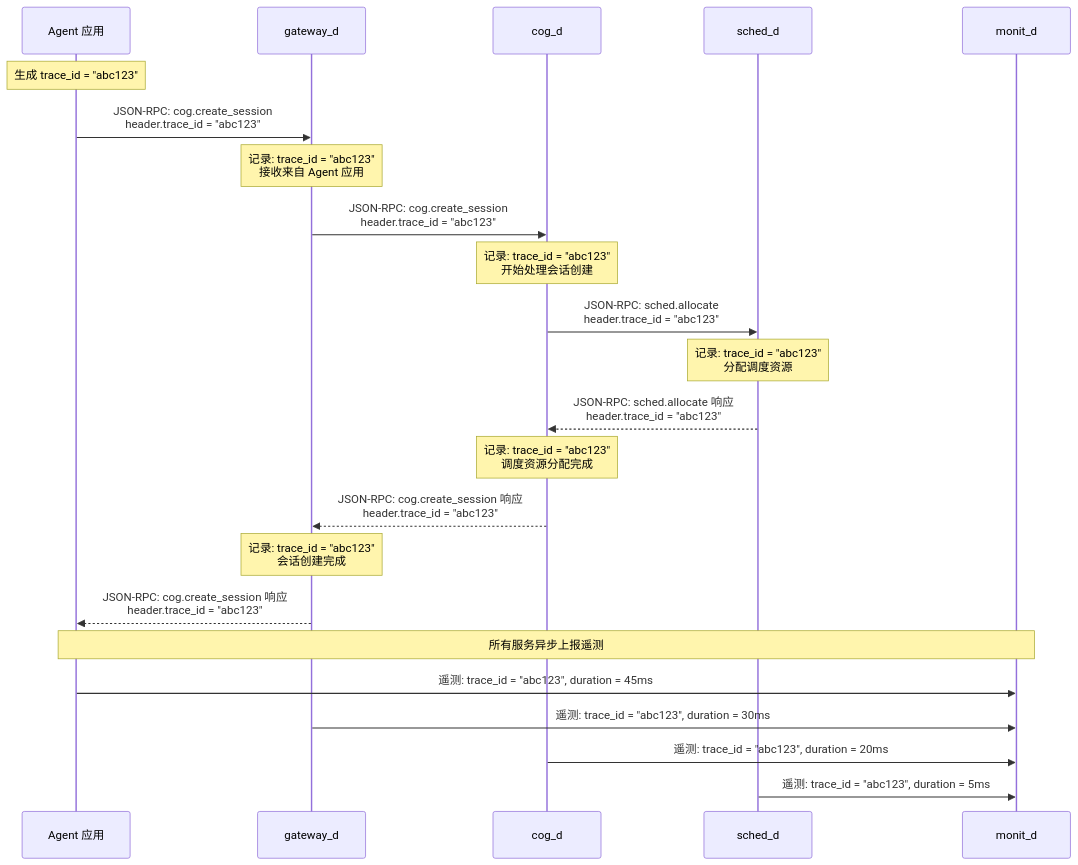
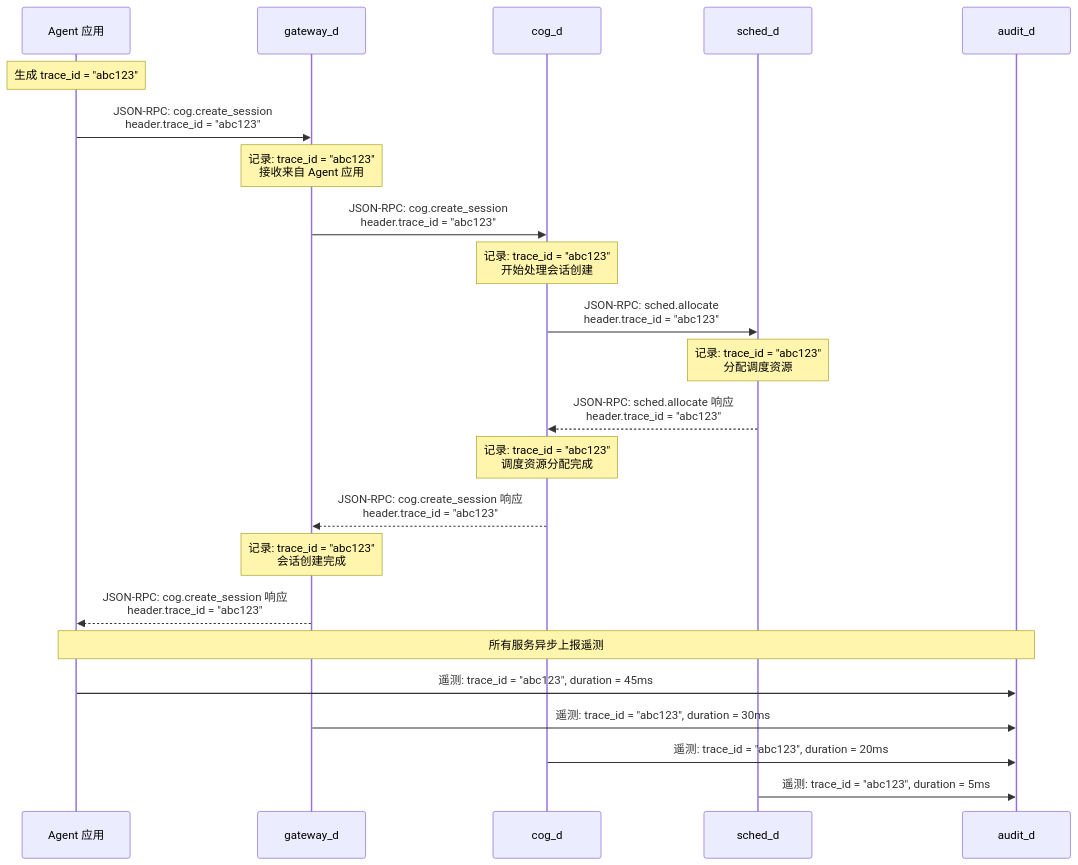
One commit to openairymax/docs changed the third of 6 diagrams in AirymaxOS/50-engineering-standards/30-runtime-interfaces/runtime_interfaces.md. Above: the diagram before and after it, drawn with Mermaid. The commit also changed other lines of this file and 115 other files, not shown here.

````diff
--- a/AirymaxOS/50-engineering-standards/30-runtime-interfaces/runtime_interfaces.md
+++ b/AirymaxOS/50-engineering-standards/30-runtime-interfaces/runtime_interfaces.md
@@ -1184,32 +1184,32 @@
 ```mermaid
 sequenceDiagram
     participant A as Agent 应用
     participant G as gateway_d
     participant C as cog_d
     participant S as sched_d
-    participant M as monit_d
+    participant M as audit_d
 
     Note over A: 生成 trace_id = "abc123"
     A->>G: JSON-RPC: cog.create_session<br/>header.trace_id = "abc123"
     Note over G: 记录: trace_id = "abc123"<br/>接收来自 Agent 应用
 
     G->>C: JSON-RPC: cog.create_session<br/>header.trace_id = "abc123"
     Note over C: 记录: trace_id = "abc123"<br/>开始处理会话创建
 
     C->>S: JSON-RPC: sched.allocate<br/>header.trace_id = "abc123"
     Note over S: 记录: trace_id = "abc123"<br/>分配调度资源
 
     S-->>C: JSON-RPC: sched.allocate 响应<br/>header.trace_id = "abc123"
     Note over C: 记录: trace_id = "abc123"<br/>调度资源分配完成
 
     C-->>G: JSON-RPC: cog.create_session 响应<br/>header.trace_id = "abc123"
     Note over G: 记录: trace_id = "abc123"<br/>会话创建完成
 
     G-->>A: JSON-RPC: cog.create_session 响应<br/>header.trace_id = "abc123"
 
     Note over A,M: 所有服务异步上报遥测
     A->>M: 遥测: trace_id = "abc123", duration = 45ms
     G->>M: 遥测: trace_id = "abc123", duration = 30ms
     C->>M: 遥测: trace_id = "abc123", duration = 20ms
     S->>M: 遥测: trace_id = "abc123", duration = 5ms
 ```
````
